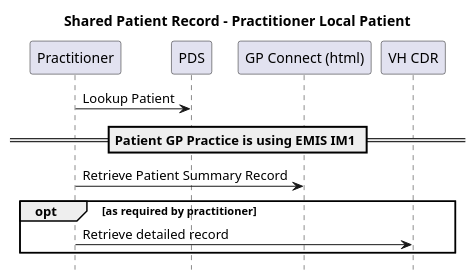
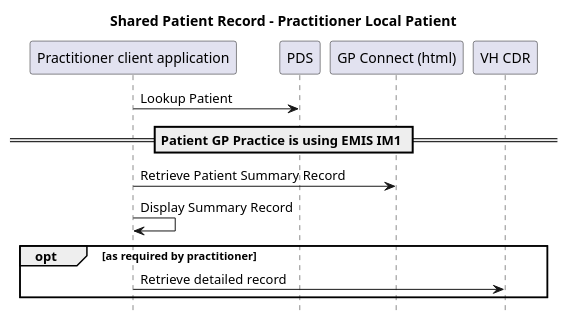
Before and after one commit to Virtually-Healthcare/virtually-healthcare.github.com: the diagram in input/images-source/shared-patient-record-usecase-outofarea-sequence.plantuml, drawn with PlantUML. The commit also changed 2 other files, not shown here.

Commit message:
Updated shared patient record sequence diagrams

```diff
--- a/input/images-source/shared-patient-record-usecase-outofarea-sequence.plantuml
+++ b/input/images-source/shared-patient-record-usecase-outofarea-sequence.plantuml
@@ -1,19 +1,20 @@
 @startuml
 
 hide footbox
 
 title "Shared Patient Record - Practitioner Local Patient"
 
-participant "Practitioner" as practitioner
+participant "Practitioner client application" as practitioner
 participant "PDS" as pds
 participant "GP Connect (html)" as GPC
 participant "VH CDR" as CDR
 
 practitioner -> pds : Lookup Patient
 == Patient GP Practice is using EMIS IM1 ==
 practitioner -> GPC: Retrieve Patient Summary Record
+practitioner -> practitioner: Display Summary Record
 opt as required by practitioner
 practitioner -> CDR: Retrieve detailed record
 end
 
 @enduml
```
